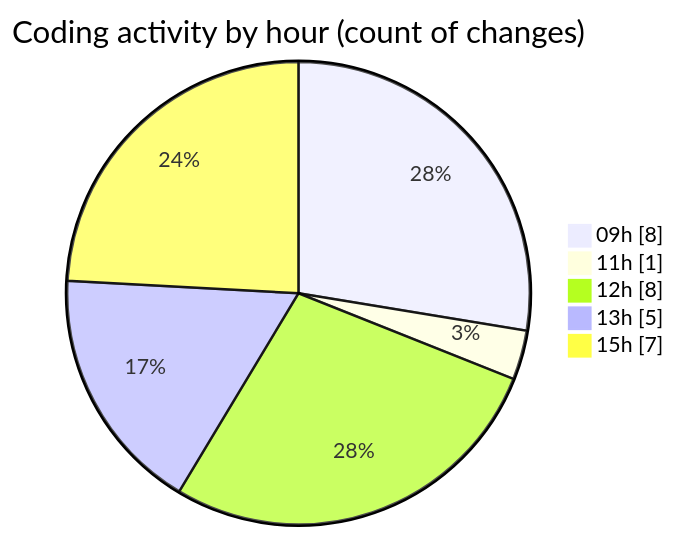
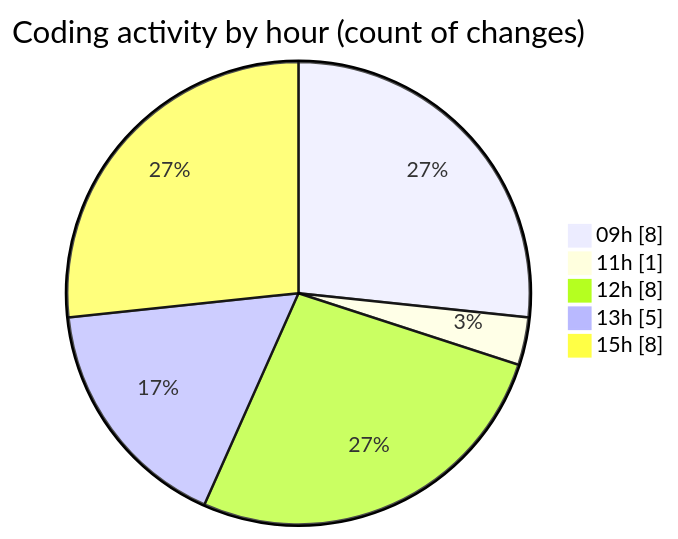
Before and after one commit to ricardozamudiocil/code-tracking: the second of 2 diagrams in 2026-06-16/cilapp/README.md, drawn with Mermaid. The commit also changed other lines of this file and 1 other file, not shown here.

````diff
--- a/2026-06-16/cilapp/README.md
+++ b/2026-06-16/cilapp/README.md
@@ -35,9 +35,9 @@
 ```mermaid
 pie showData
 title Coding activity by hour (count of changes)
 "09h" : 8
 "11h" : 1
 "12h" : 8
 "13h" : 5
-"15h" : 7
+"15h" : 8
 ```
````
